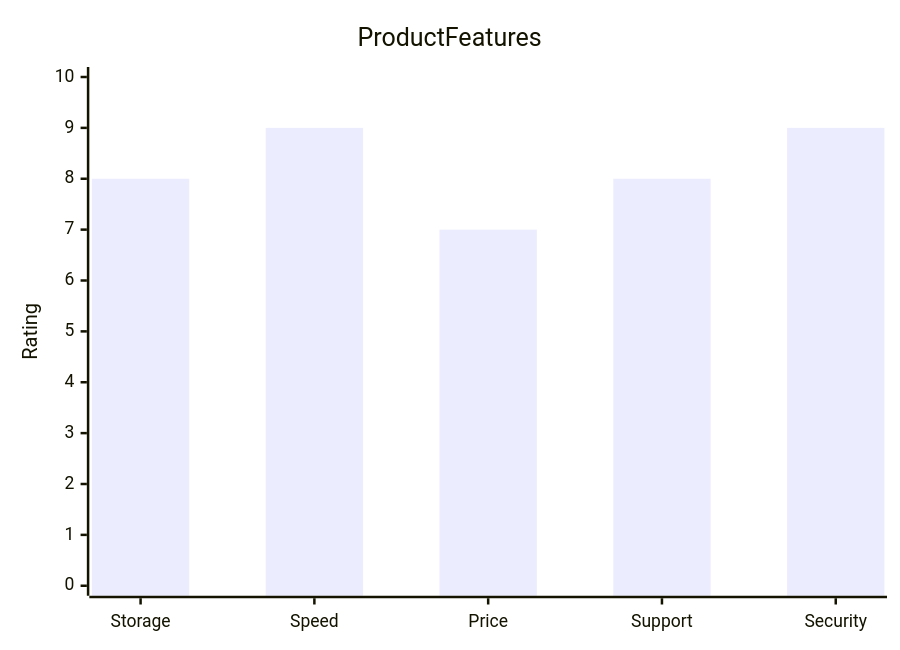
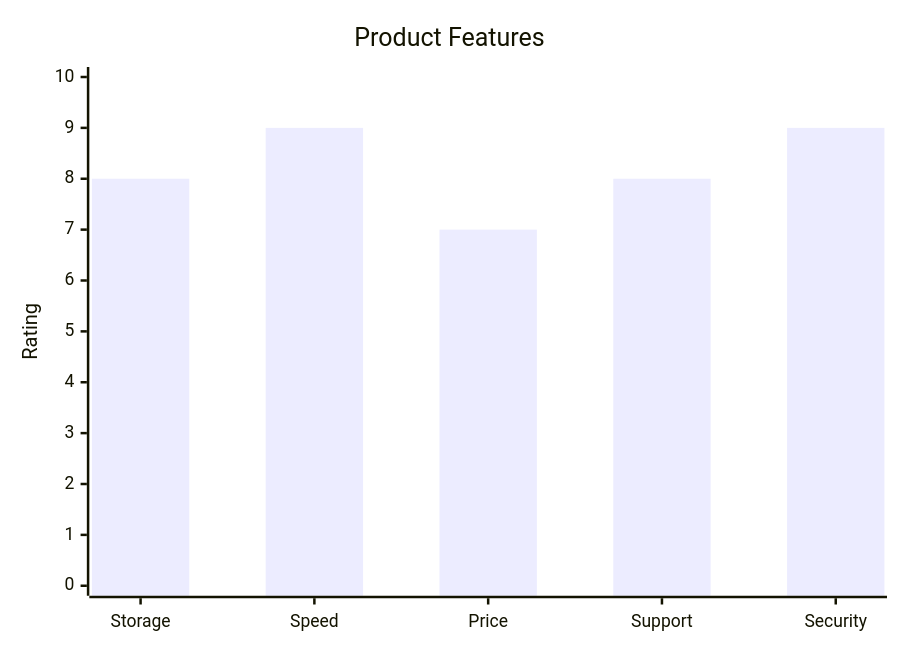
One commit to BitYoungjae/marketplace changed diagram 13 of 23 in plugins/obsidian-blocks/skills/mermaid-diagramming/xychart.md. Above: the diagram before and after it, drawn with Mermaid. The commit also changed other lines of this file and 14 other files, not shown here.

First line of the commit message:
feat(obsidian-blocks): add Session 3 Mermaid diagrams

````diff
--- a/plugins/obsidian-blocks/skills/mermaid-diagramming/xychart.md
+++ b/plugins/obsidian-blocks/skills/mermaid-diagramming/xychart.md
@@ -177,7 +181,7 @@
 ```mermaid
 xychart-beta
-    title Product Features
+    title "Product Features"
     x-axis [Storage, Speed, Price, Support, Security]
     y-axis "Rating" 0 --> 10
     bar [8, 9, 7, 8, 9]
 ```
````
